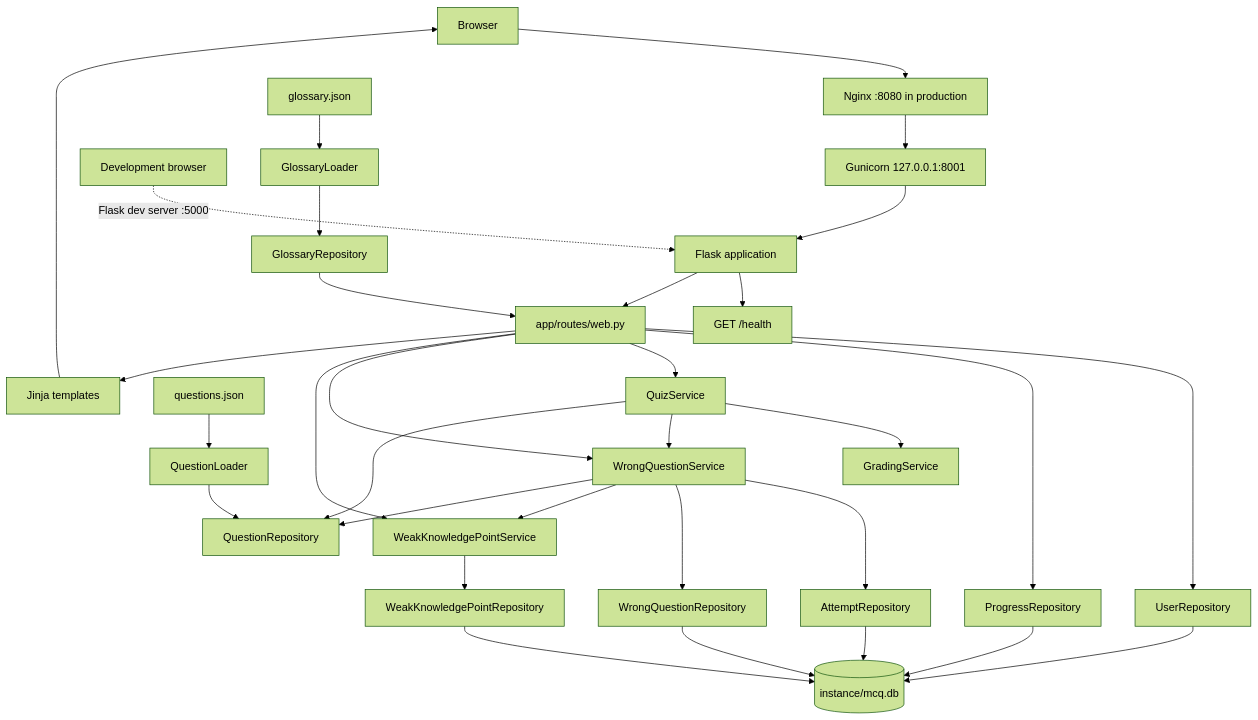
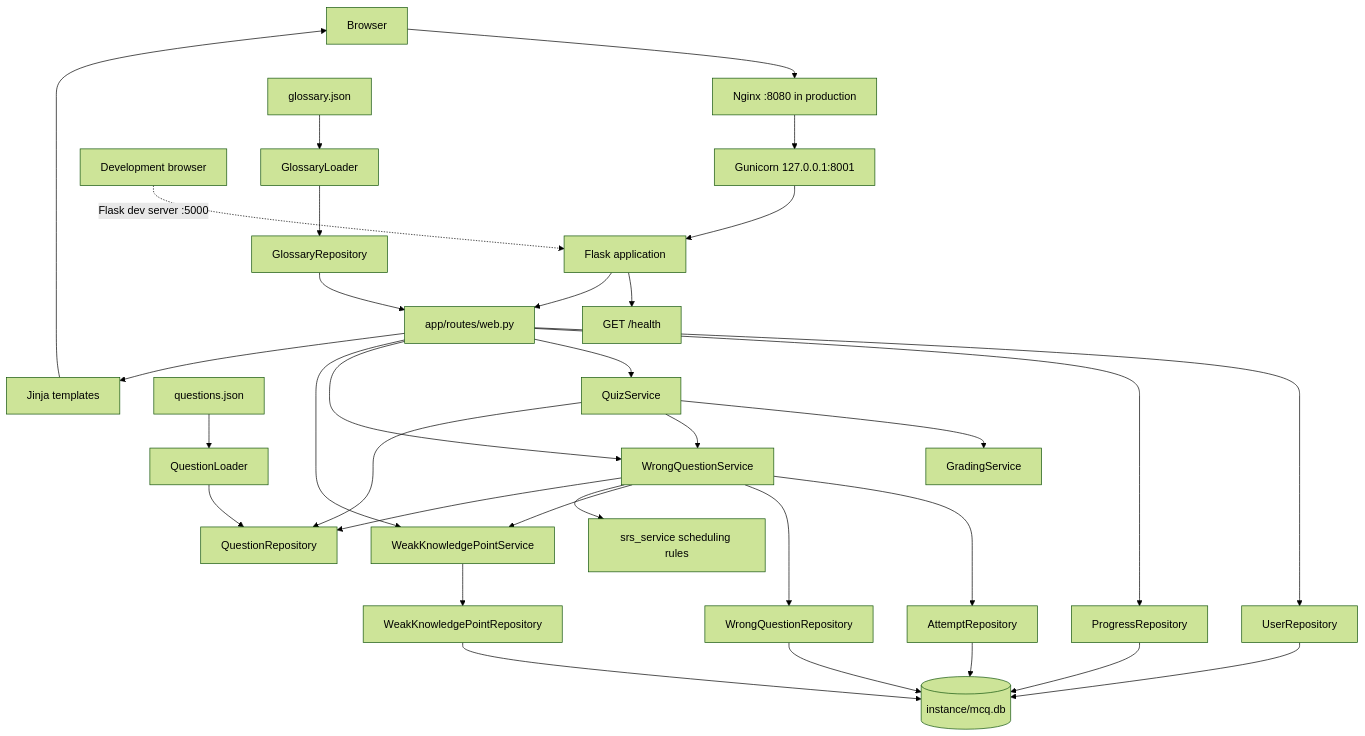
One commit to BestDownLoader365/Classroom-multiple-choice-study-assistant changed the first of 2 diagrams in docs/ARCHITECTURE.md. Above: the diagram before and after it, drawn with Mermaid (forest theme). The commit also changed other lines of this file and 17 other files, not shown here.

````diff
--- a/docs/ARCHITECTURE.md
+++ b/docs/ARCHITECTURE.md
@@ -45,34 +45,35 @@
 ```mermaid
 flowchart TD
     Browser[Browser] --> Nginx[Nginx :8080 in production]
     Nginx --> Gunicorn[Gunicorn 127.0.0.1:8001]
     Gunicorn --> FlaskApp[Flask application]
     DevBrowser[Development browser] -. Flask dev server :5000 .-> FlaskApp
     FlaskApp --> Health[GET /health]
     FlaskApp --> Routes[app/routes/web.py]
     Routes --> UserRepo[UserRepository]
     Routes --> ProgressRepo[ProgressRepository]
     Routes --> QuizService[QuizService]
     Routes --> WrongService[WrongQuestionService]
     Routes --> WeakService[WeakKnowledgePointService]
     QuizService --> Grading[GradingService]
     QuizService --> WrongService
     WrongService --> AttemptRepo[AttemptRepository]
     WrongService --> WrongRepo[WrongQuestionRepository]
     WrongService --> WeakService
+    WrongService --> SRS[srs_service scheduling rules]
     WeakService --> WeakRepo[WeakKnowledgePointRepository]
     QuizService --> QuestionRepo[QuestionRepository]
     WrongService --> QuestionRepo
     UserRepo --> SQLite[(instance/mcq.db)]
     ProgressRepo --> SQLite
     AttemptRepo --> SQLite
     WrongRepo --> SQLite
     WeakRepo --> SQLite
     JSON[questions.json] --> Loader[QuestionLoader]
     Loader --> QuestionRepo
     GlossaryJSON[glossary.json] --> GlossaryLoader[GlossaryLoader]
     GlossaryLoader --> GlossaryRepo[GlossaryRepository]
     GlossaryRepo --> Routes
     Routes --> Templates[Jinja templates]
     Templates --> Browser
 ```
````
